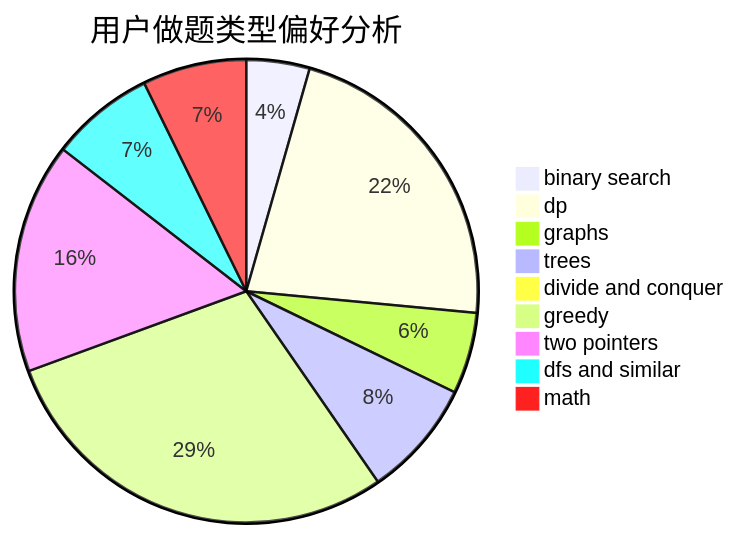
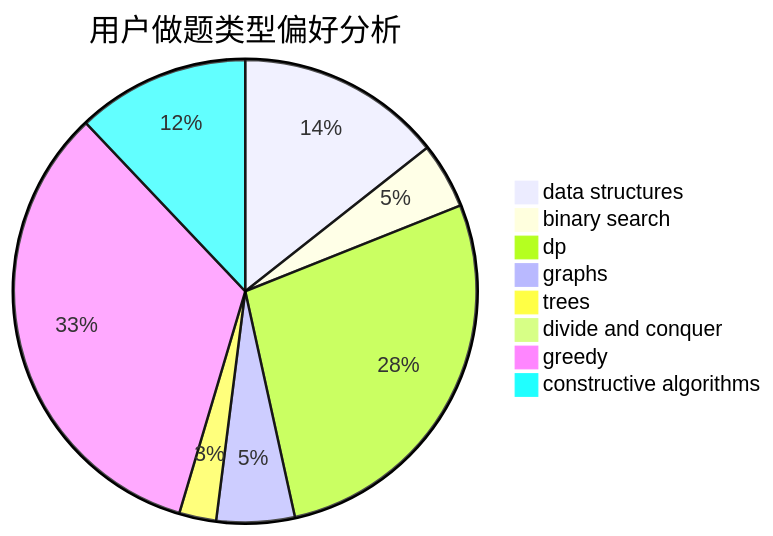
One commit to sherpahu/cfrs.github.io changed the second of 3 diagrams in docs/user/u1725.md. Above: the diagram before and after it, drawn with Mermaid. The commit also changed other lines of this file and 2775 other files, not shown here.

````diff
--- a/docs/user/u1725.md
+++ b/docs/user/u1725.md
@@ -23,12 +23,11 @@
 ```mermaid
 pie title 用户做题类型偏好分析
-    "binary search" :  28
-    "dp" :  140
-    "graphs" :  36
-    "trees" :  52
+    "data structures" :  50
+    "binary search" :  16
+    "dp" :  96
+    "graphs" :  19
+    "trees" :  9
     "divide and conquer" :  0
-    "greedy" :  184
-    "two pointers" :  102
-    "dfs and similar" :  46
-    "math" :  46
+    "greedy" :  116
+    "constructive algorithms" :  42
 ```
````
